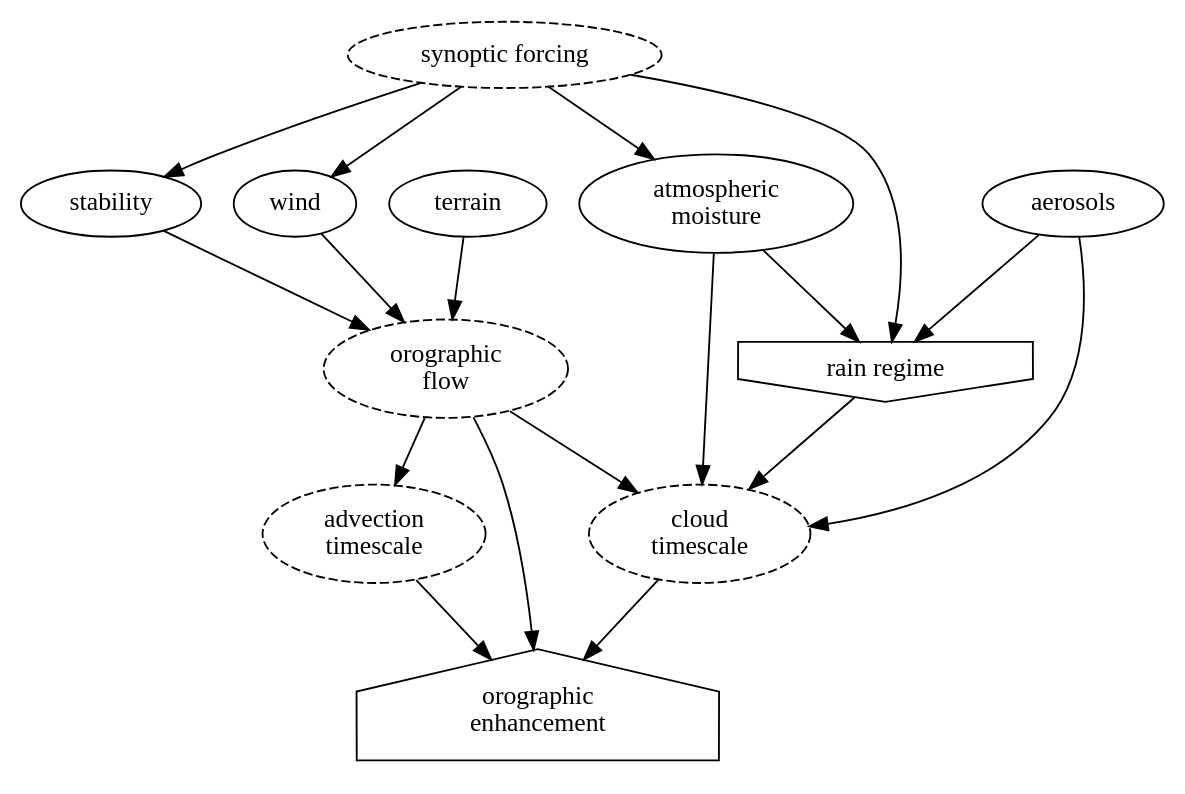
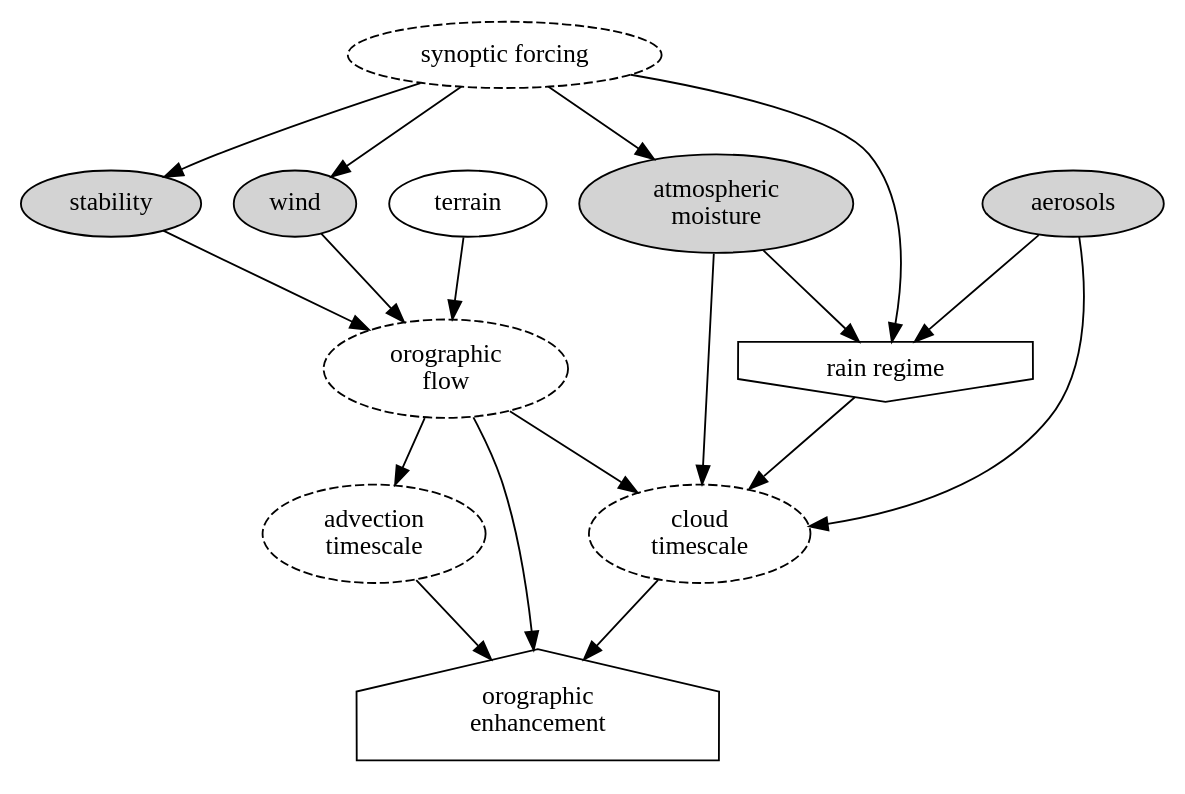
One commit to massma/causality-earth-science changed the diagram in dot/ccope.dot. Above: the diagram before and after it, drawn with Graphviz. The commit also changed 4 other files, not shown here.

```diff
--- a/dot/ccope.dot
+++ b/dot/ccope.dot
@@ -1,34 +1,34 @@
 digraph G {
 	synopticForcing[label="synoptic forcing", style="dashed"];
 	orographicFlow[label="orographic\nflow", style="dashed"];
 	cloudTimescale[label="cloud\ntimescale", style="dashed"];
 	advectionTimescale[label="advection\ntimescale", style="dashed"];
 	rainRegime[label="rain regime", shape="invhouse"];
 	orographicEnhancement[label="orographic\nenhancement", shape="house"];
-	stability[label="stability"];
-	wind[label="wind"];
-	aerosols[label="aerosols"];
+	stability[label="stability", style="filled"];
+	wind[label="wind", style="filled"];
+	aerosols[label="aerosols", style="filled"];
 	terrain[label="terrain"];
-	columnWater[label="atmospheric\nmoisture"];
+	columnWater[label="atmospheric\nmoisture", style="filled"];
 
 
 	aerosols -> rainRegime;
 	aerosols -> cloudTimescale;
 	rainRegime -> cloudTimescale;
 	synopticForcing -> rainRegime;
 	synopticForcing -> stability;
 	synopticForcing -> wind;
 	synopticForcing -> columnWater;
 	columnWater -> cloudTimescale;
 	columnWater -> rainRegime;
 	orographicFlow -> cloudTimescale;
 	stability -> orographicFlow;
 	wind -> orographicFlow;
 	terrain -> orographicFlow;
 	orographicFlow -> advectionTimescale;
         orographicFlow -> orographicEnhancement;
 	cloudTimescale -> orographicEnhancement;
 	advectionTimescale -> orographicEnhancement;
 
 
 }
```
